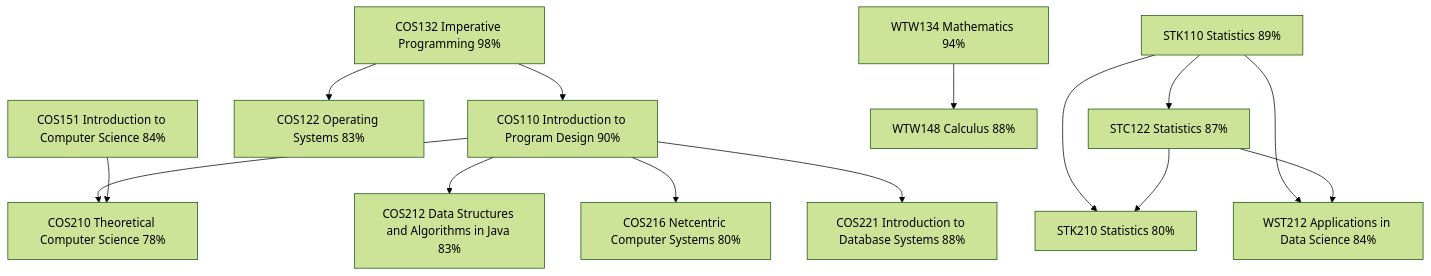
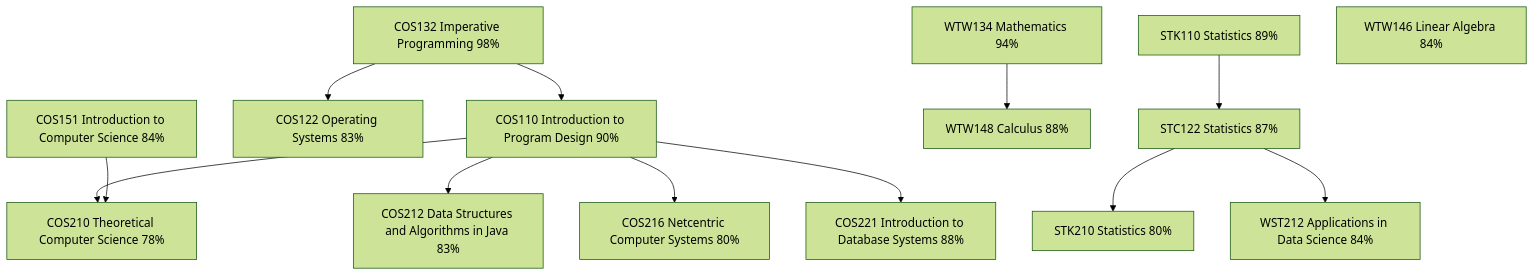
Before and after one commit to FJNel/FJNel: the diagram in README.md, drawn with Mermaid (forest theme).

````diff
--- a/README.md
+++ b/README.md
@@ -11,16 +11,15 @@
 ```mermaid
 graph TD
     COS132["COS132 Imperative Programming 98%"] --> COS110["COS110 Introduction to Program Design 90%"]
     COS132 --> COS122["COS122 Operating Systems 83%"]
     STK110["STK110 Statistics 89%"] --> STC122["STC122 Statistics 87%"]
     WTW134["WTW134 Mathematics 94%"] --> WTW148["WTW148 Calculus 88%"]
+    WTW146["WTW146 Linear Algebra 84%"]
     COS110 --> COS210["COS210 Theoretical Computer Science 78%"]
     COS151["COS151 Introduction to Computer Science 84%"] --> COS210
     COS110 --> COS212["COS212 Data Structures and Algorithms in Java 83%"]
     COS110 --> COS216["COS216 Netcentric Computer Systems 80%"]
     COS110 --> COS221["COS221 Introduction to Database Systems 88%"]
-    STK110 --> STK210["STK210 Statistics 80%"]
-    STC122 --> STK210
-    STK110 --> WST212["WST212 Applications in Data Science 84%"]
-    STC122 --> WST212
+    STC122 --> STK210["STK210 Statistics 80%"]
+    STC122 --> WST212["WST212 Applications in Data Science 84%"]
 ```
````
